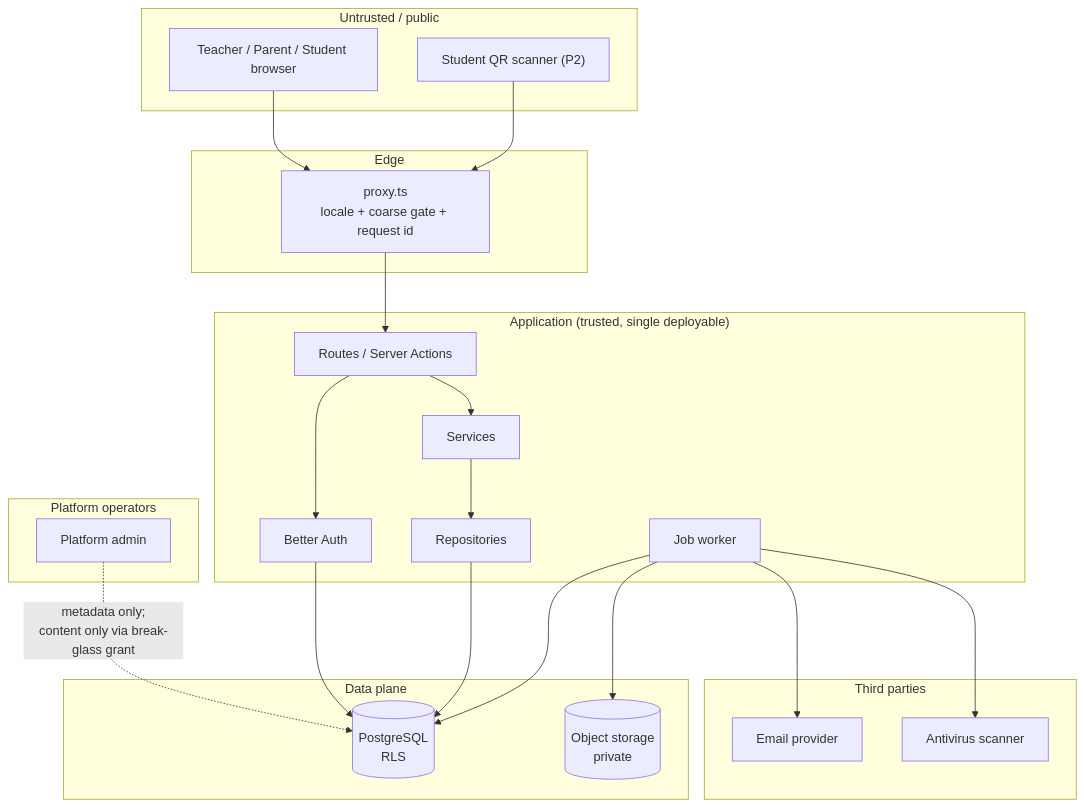
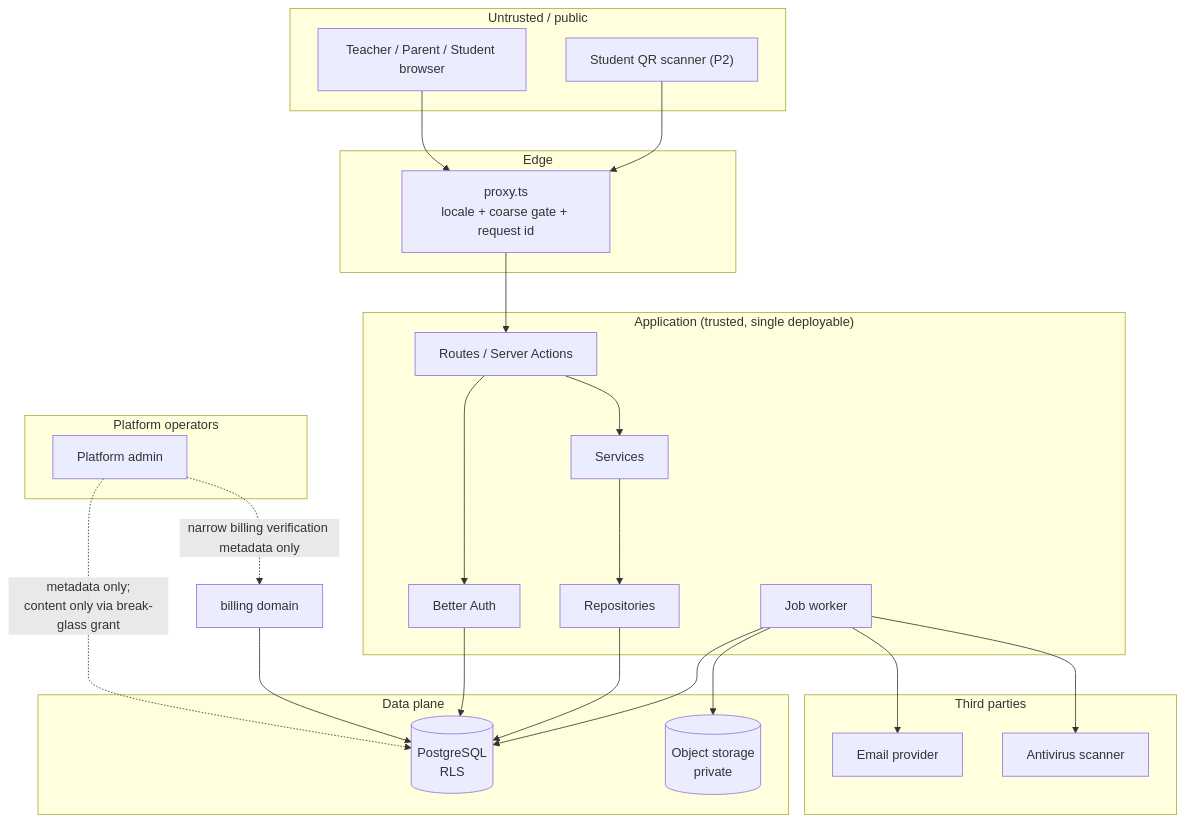
The diagram in docs/SECURITY_AND_PRIVACY.md (CipherShade/Kashkol), drawn with Mermaid before and after one commit. The commit also changed other lines of this file and 110 other files, not shown here.

````diff
--- a/docs/SECURITY_AND_PRIVACY.md
+++ b/docs/SECURITY_AND_PRIVACY.md
@@ -48,43 +50,45 @@
 ```mermaid
 flowchart TB
     subgraph untrusted["Untrusted / public"]
         browser["Teacher / Parent / Student browser"]
         scanner["Student QR scanner (P2)"]
     end
 
     subgraph edge["Edge"]
         proxy["proxy.ts<br/>locale + coarse gate + request id"]
     end
 
     subgraph app["Application (trusted, single deployable)"]
         auth["Better Auth"]
         routes["Routes / Server Actions"]
         svc["Services"]
         repo["Repositories"]
         worker["Job worker"]
     end
 
     subgraph data["Data plane"]
         db[("PostgreSQL<br/>RLS")]
         obj[("Object storage<br/>private")]
     end
 
     subgraph third["Third parties"]
         mail["Email provider"]
         scan["Antivirus scanner"]
     end
 
     subgraph platform["Platform operators"]
         admin["Platform admin"]
     end
 
     browser --> proxy --> routes
     scanner --> proxy
     routes --> auth --> db
     routes --> svc --> repo --> db
     worker --> db
     worker --> obj
     worker --> mail
     worker --> scan
     admin -.->|"metadata only;<br/>content only via break-glass grant"| db
+    admin -.->|"narrow billing verification metadata only"| billing["billing domain"]
+    billing --> db
 ```
````
